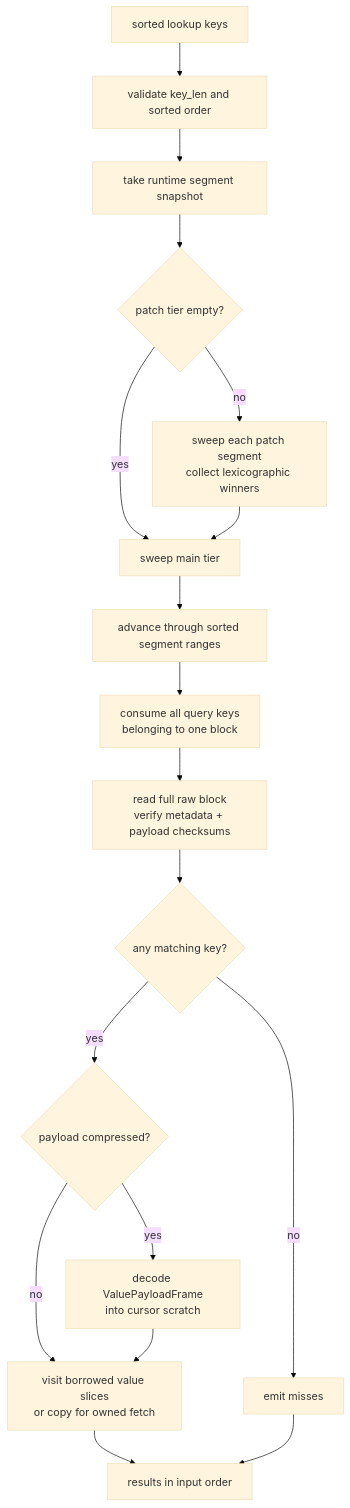
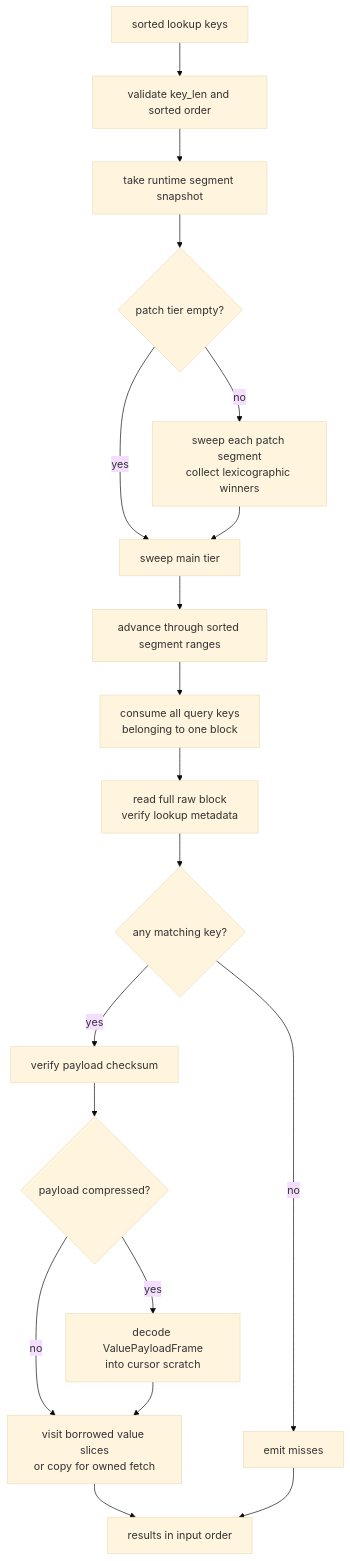
One commit to wangl-cc/evo-ssa-tools changed the sixth of 7 diagrams in crates/segment-cache-store/docs/design.md. Above: the diagram before and after it, drawn with Mermaid (base theme). The commit also changed other lines of this file and 20 other files, not shown here.

````diff
--- a/crates/segment-cache-store/docs/design.md
+++ b/crates/segment-cache-store/docs/design.md
@@ -509,22 +512,23 @@
 ```mermaid
 flowchart TD
   Keys["sorted lookup keys"] --> Validate["validate key_len and sorted order"]
   Validate --> Snapshot["take runtime segment snapshot"]
   Snapshot --> PatchCheck{"patch tier empty?"}
 
   PatchCheck -->|yes| MainSweep["sweep main tier"]
   PatchCheck -->|no| PatchSweep["sweep each patch segment<br/>collect lexicographic winners"]
   PatchSweep --> MainSweep
 
   MainSweep --> SegmentSweep["advance through sorted segment ranges"]
   SegmentSweep --> BlockRange["consume all query keys<br/>belonging to one block"]
-  BlockRange --> FullBlock["read full raw block<br/>verify metadata + payload checksums"]
+  BlockRange --> FullBlock["read full raw block<br/>verify lookup metadata"]
   FullBlock --> HitCheck{"any matching key?"}
   HitCheck -->|no| Misses["emit misses"]
-  HitCheck -->|yes| PayloadReady{"payload compressed?"}
+  HitCheck -->|yes| VerifyPayload["verify payload checksum"]
+  VerifyPayload --> PayloadReady{"payload compressed?"}
   PayloadReady -->|no| Emit["visit borrowed value slices<br/>or copy for owned fetch"]
   PayloadReady -->|yes| DecodePayload["decode ValuePayloadFrame<br/>into cursor scratch"]
   DecodePayload --> Emit
   Emit --> Output["results in input order"]
   Misses --> Output
 ```
````
